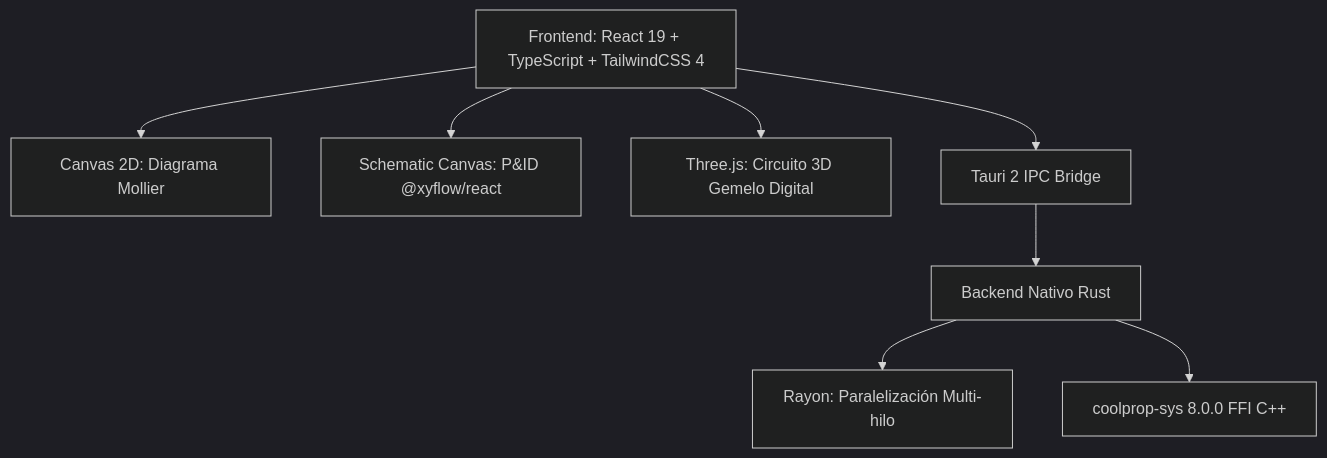
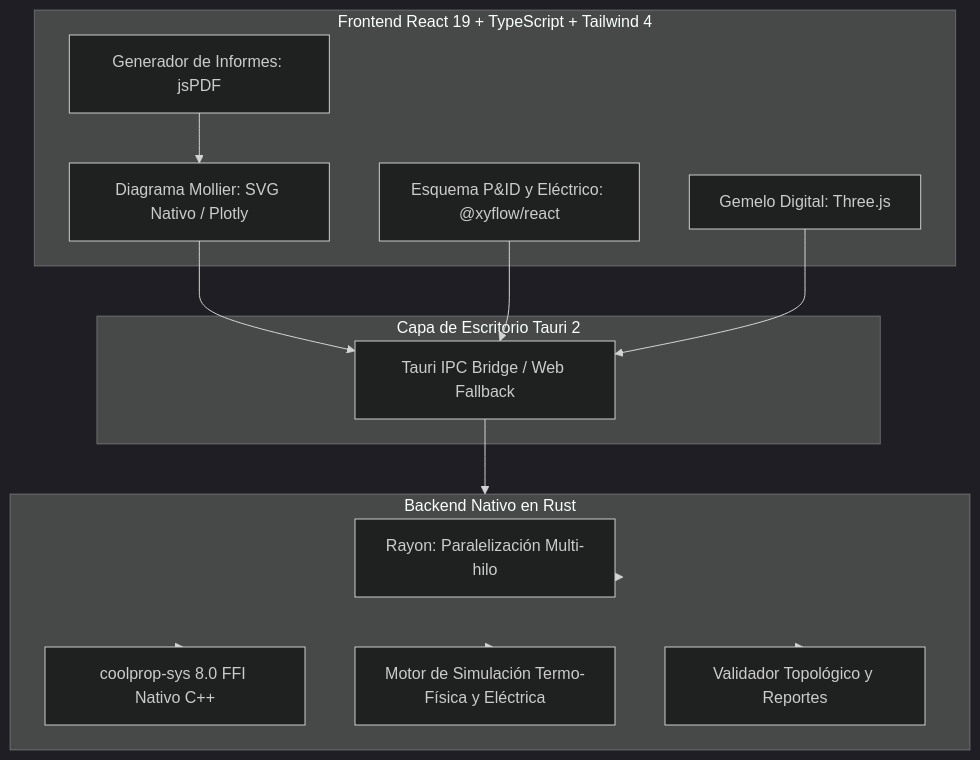
One commit to imjustkike/refrigerantes-mollier changed the diagram in README.md. Above: the diagram before and after it, drawn with Mermaid (dark theme). The commit also changed other lines of this file and 1 other file, not shown here.

````diff
--- a/README.md
+++ b/README.md
@@ -150,10 +197,30 @@
 ```mermaid
 graph TD
-    UI[Frontend: React 19 + TypeScript + TailwindCSS 4] --> Canvas[Canvas 2D: Diagrama Mollier]
-    UI --> PID[Schematic Canvas: P&ID @xyflow/react]
-    UI --> ThreeJS[Three.js: Circuito 3D Gemelo Digital]
-    UI --> Tauri[Tauri 2 IPC Bridge]
-    Tauri --> Rust[Backend Nativo Rust]
-    Rust --> Rayon[Rayon: Paralelización Multi-hilo]
-    Rust --> CoolProp[coolprop-sys 8.0.0 FFI C++]
+    subgraph Frontend["Frontend React 19 + TypeScript + Tailwind 4"]
+        Mollier[Diagrama Mollier: SVG Nativo / Plotly]
+        PID[Esquema P&ID y Eléctrico: @xyflow/react]
+        Three[Gemelo Digital: Three.js]
+        PDF[Generador de Informes: jsPDF]
+    end
+
+    subgraph Desktop["Capa de Escritorio Tauri 2"]
+        IPC[Tauri IPC Bridge / Web Fallback]
+    end
+
+    subgraph Backend["Backend Nativo en Rust"]
+        Rayon[Rayon: Paralelización Multi-hilo]
+        CoolProp[coolprop-sys 8.0 FFI Nativo C++]
+        SimEngine[Motor de Simulación Termo-Física y Eléctrica]
+        Validator[Validador Topológico y Reportes]
+    end
+
+    Mollier --> IPC
+    PID --> IPC
+    Three --> IPC
+    PDF --> Mollier
+    IPC --> Backend
+    Backend --> Rayon
+    Backend --> CoolProp
+    Backend --> SimEngine
+    Backend --> Validator
 ```
````
